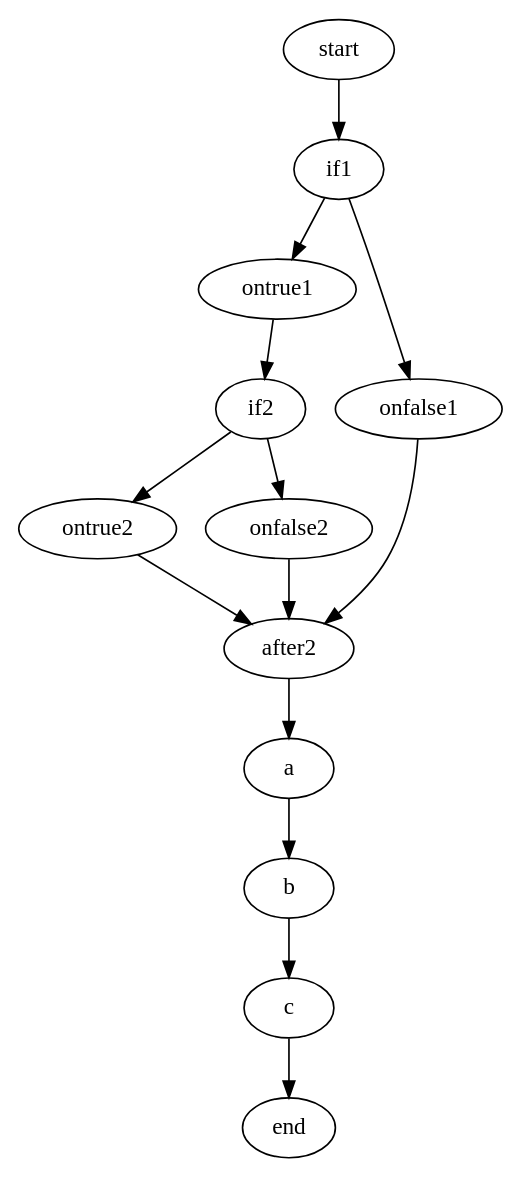
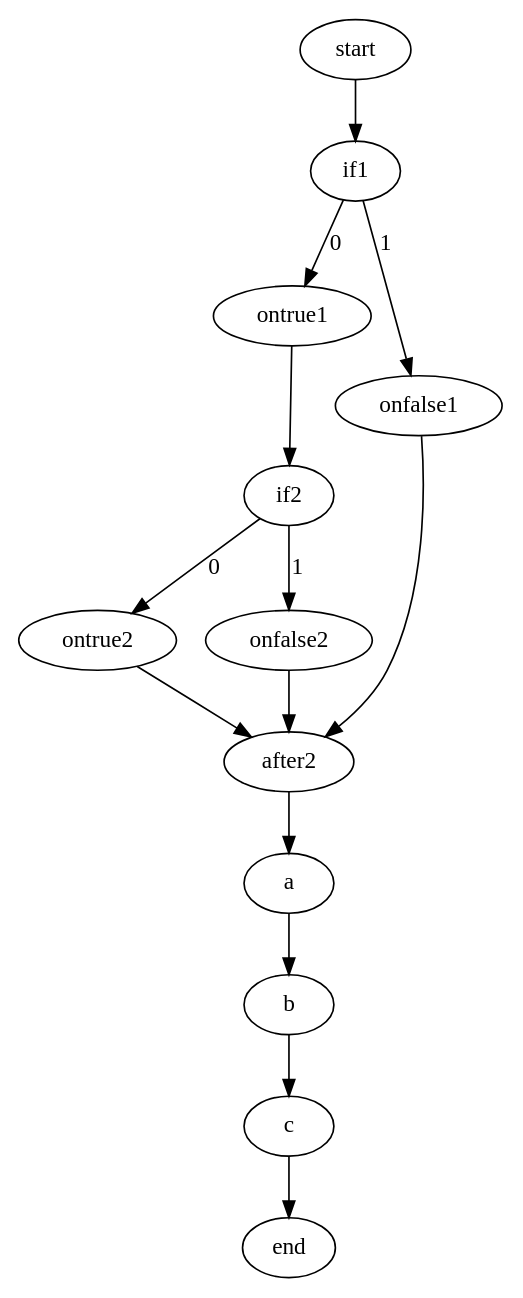
One commit to jindrapetrik/graphs changed the diagram in graphs/ifif.gv. Above: the diagram before and after it, drawn with Graphviz. The commit also changed 9 other files, not shown here.

```diff
--- a/graphs/ifif.gv
+++ b/graphs/ifif.gv
@@ -1,13 +1,17 @@
 digraph ifif {
 start->if1;
-if1->ontrue1->if2;
-if1->onfalse1->after2;
+if1->ontrue1 [label="0"];
+ontrue1->if2;
+if1->onfalse1 [label="1"];
+onfalse1->after2;
 
-if2->ontrue2->after2;
-if2->onfalse2->after2;
+if2->ontrue2 [label="0"];
+ontrue2->after2;
+if2->onfalse2 [label="1"];
+onfalse2->after2;
 
 
 
 
 after2-> a->b->c->end;
 }
```
